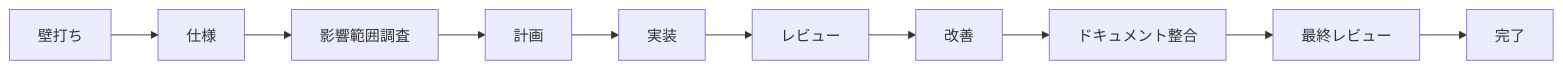
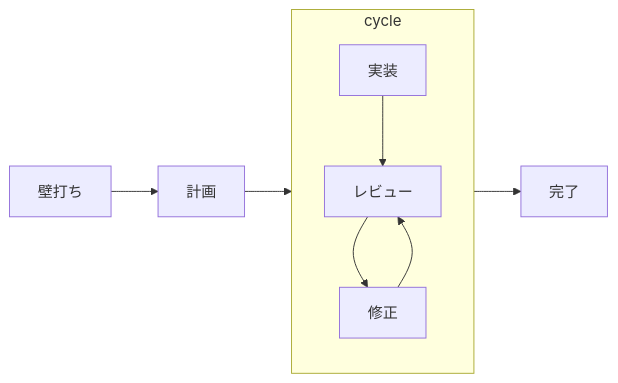
The diagram in ROADMAP.md (ba0918/agentic-workflow), drawn with Mermaid before and after one commit. The commit also changed other lines of this file, not shown here.

First line of the commit message:
docs: 幹を減量する計画へ ROADMAP を組み替える

````diff
--- a/ROADMAP.md
+++ b/ROADMAP.md
@@ -21,12 +19,11 @@
 ```mermaid
 flowchart LR
-    A[壁打ち] --> B[仕様]
-    B --> C[影響範囲調査]
-    C --> D[計画]
-    D --> E[実装]
-    E --> F[レビュー]
-    F --> G[改善]
-    G --> H[ドキュメント整合]
-    H --> I[最終レビュー]
-    I --> J[完了]
+    A[壁打ち] --> B[計画]
+    B --> C[cycle]
+    subgraph C[cycle]
+        D[実装] --> E[レビュー]
+        E --> F[修正]
+        F --> E
+    end
+    C --> G[完了]
 ```
````
